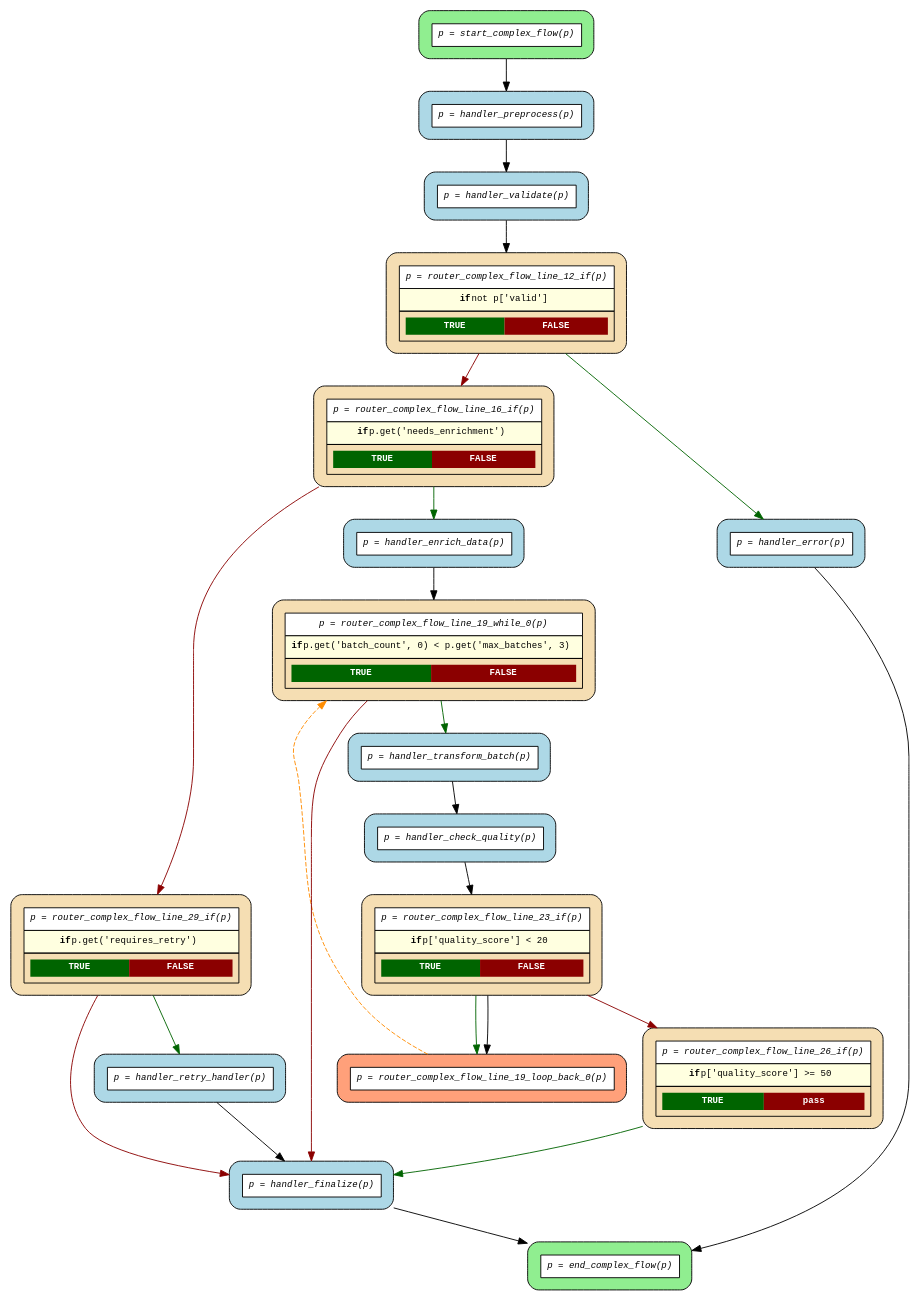
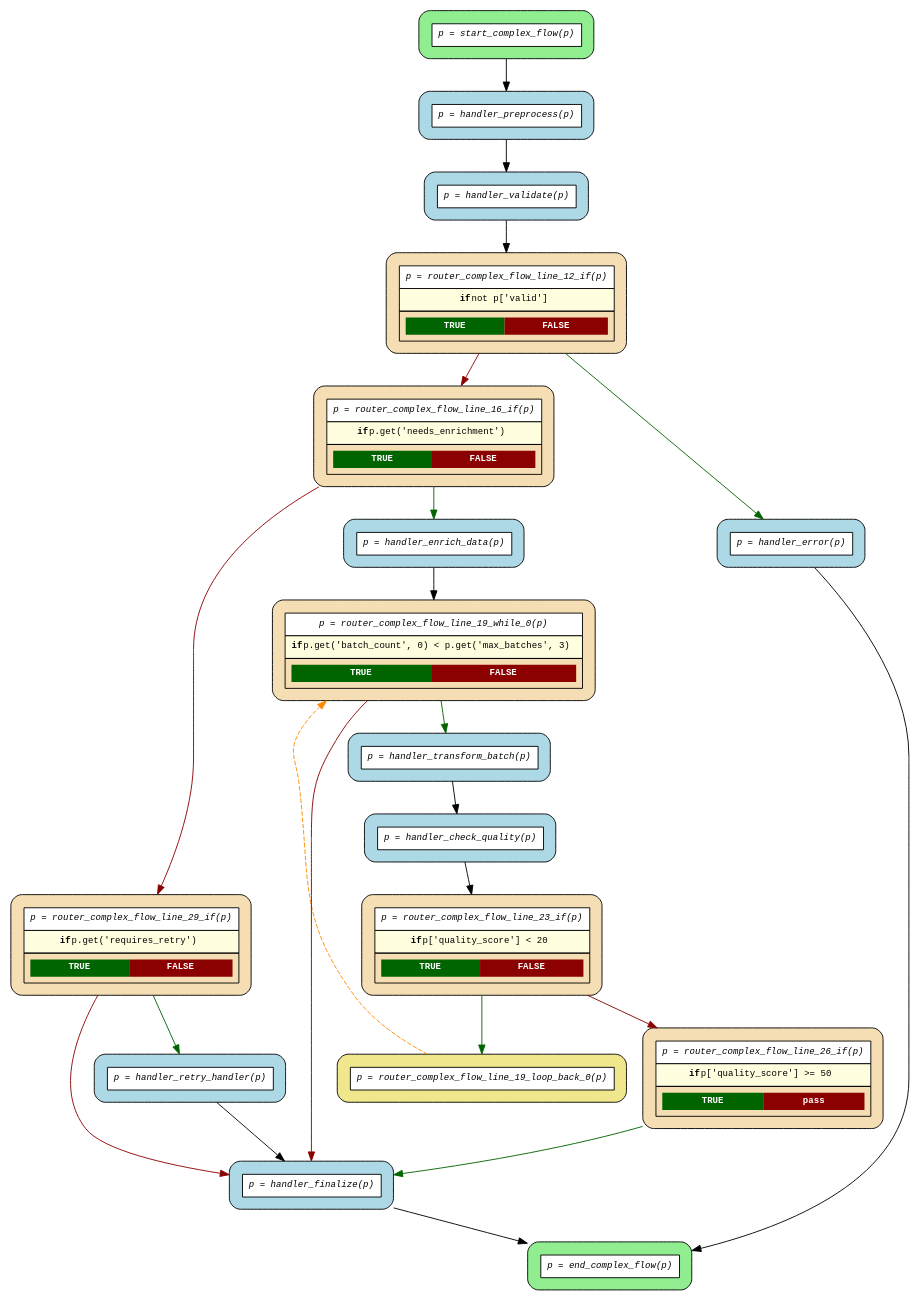
Before and after one commit to deliveryhero/asya: the diagram in examples/flows/compiled/complex_with_while/flow.dot, drawn with Graphviz. The commit also changed 26 other files, not shown here.

First line of the commit message:
fix(flow): fix DOT graph spurious edges and loop-back router color

```diff
--- a/examples/flows/compiled/complex_with_while/flow.dot
+++ b/examples/flows/compiled/complex_with_while/flow.dot
@@ -1,47 +1,46 @@
 digraph flow {
   rankdir=TB;
   graph [fontname="Courier", fontsize=10];
   node [fontname="Courier", fontsize=10, shape=box, style="filled,rounded", margin="0.2"];
   edge [fontname="Courier", fontsize=10];
 
   start_complex_flow [fillcolor="lightgreen", label=<<table border="0" cellspacing="0" cellpadding="6" cellborder="1"><tr><td bgcolor="white" align="center"><i>p = start_complex_flow(p)</i></td></tr></table>>];
   router_complex_flow_line_26_if [fillcolor="wheat", label=<<table border="0" cellspacing="0" cellpadding="6" cellborder="1"><tr><td bgcolor="white" align="center"><i>p = router_complex_flow_line_26_if(p)</i></td></tr><tr><td bgcolor="lightyellow"><b>if</b> p['quality_score'] &gt;= 50</td></tr><tr><td><table border="0" cellspacing="0" cellpadding="4"><tr><td bgcolor="darkgreen"><font color="white"><b>TRUE</b></font></td><td bgcolor="darkred"><font color="white"><b>pass</b></font></td></tr></table></td></tr></table>>];
   router_complex_flow_line_23_if [fillcolor="wheat", label=<<table border="0" cellspacing="0" cellpadding="6" cellborder="1"><tr><td bgcolor="white" align="center"><i>p = router_complex_flow_line_23_if(p)</i></td></tr><tr><td bgcolor="lightyellow"><b>if</b> p['quality_score'] &lt; 20</td></tr><tr><td><table border="0" cellspacing="0" cellpadding="4"><tr><td bgcolor="darkgreen"><font color="white"><b>TRUE</b></font></td><td bgcolor="darkred"><font color="white"><b>FALSE</b></font></td></tr></table></td></tr></table>>];
-  router_complex_flow_line_19_loop_back_0 [fillcolor="lightsalmon", label=<<table border="0" cellspacing="0" cellpadding="6" cellborder="1"><tr><td bgcolor="white" align="center"><i>p = router_complex_flow_line_19_loop_back_0(p)</i></td></tr></table>>];
+  router_complex_flow_line_19_loop_back_0 [fillcolor="khaki", label=<<table border="0" cellspacing="0" cellpadding="6" cellborder="1"><tr><td bgcolor="white" align="center"><i>p = router_complex_flow_line_19_loop_back_0(p)</i></td></tr></table>>];
   router_complex_flow_line_19_while_0 [fillcolor="wheat", label=<<table border="0" cellspacing="0" cellpadding="6" cellborder="1"><tr><td bgcolor="white" align="center"><i>p = router_complex_flow_line_19_while_0(p)</i></td></tr><tr><td bgcolor="lightyellow"><b>if</b> p.get('batch_count', 0) &lt; p.get('max_batches', 3)</td></tr><tr><td><table border="0" cellspacing="0" cellpadding="4"><tr><td bgcolor="darkgreen"><font color="white"><b>TRUE</b></font></td><td bgcolor="darkred"><font color="white"><b>FALSE</b></font></td></tr></table></td></tr></table>>];
   router_complex_flow_line_29_if [fillcolor="wheat", label=<<table border="0" cellspacing="0" cellpadding="6" cellborder="1"><tr><td bgcolor="white" align="center"><i>p = router_complex_flow_line_29_if(p)</i></td></tr><tr><td bgcolor="lightyellow"><b>if</b> p.get('requires_retry')</td></tr><tr><td><table border="0" cellspacing="0" cellpadding="4"><tr><td bgcolor="darkgreen"><font color="white"><b>TRUE</b></font></td><td bgcolor="darkred"><font color="white"><b>FALSE</b></font></td></tr></table></td></tr></table>>];
   router_complex_flow_line_16_if [fillcolor="wheat", label=<<table border="0" cellspacing="0" cellpadding="6" cellborder="1"><tr><td bgcolor="white" align="center"><i>p = router_complex_flow_line_16_if(p)</i></td></tr><tr><td bgcolor="lightyellow"><b>if</b> p.get('needs_enrichment')</td></tr><tr><td><table border="0" cellspacing="0" cellpadding="4"><tr><td bgcolor="darkgreen"><font color="white"><b>TRUE</b></font></td><td bgcolor="darkred"><font color="white"><b>FALSE</b></font></td></tr></table></td></tr></table>>];
   router_complex_flow_line_12_if [fillcolor="wheat", label=<<table border="0" cellspacing="0" cellpadding="6" cellborder="1"><tr><td bgcolor="white" align="center"><i>p = router_complex_flow_line_12_if(p)</i></td></tr><tr><td bgcolor="lightyellow"><b>if</b> not p['valid']</td></tr><tr><td><table border="0" cellspacing="0" cellpadding="4"><tr><td bgcolor="darkgreen"><font color="white"><b>TRUE</b></font></td><td bgcolor="darkred"><font color="white"><b>FALSE</b></font></td></tr></table></td></tr></table>>];
   end_complex_flow [fillcolor="lightgreen", label=<<table border="0" cellspacing="0" cellpadding="6" cellborder="1"><tr><td bgcolor="white" align="center"><i>p = end_complex_flow(p)</i></td></tr></table>>];
   handler_check_quality [fillcolor="lightblue", label=<<table border="0" cellspacing="0" cellpadding="6" cellborder="1"><tr><td bgcolor="white" align="center"><i>p = handler_check_quality(p)</i></td></tr></table>>];
   handler_enrich_data [fillcolor="lightblue", label=<<table border="0" cellspacing="0" cellpadding="6" cellborder="1"><tr><td bgcolor="white" align="center"><i>p = handler_enrich_data(p)</i></td></tr></table>>];
   handler_error [fillcolor="lightblue", label=<<table border="0" cellspacing="0" cellpadding="6" cellborder="1"><tr><td bgcolor="white" align="center"><i>p = handler_error(p)</i></td></tr></table>>];
   handler_finalize [fillcolor="lightblue", label=<<table border="0" cellspacing="0" cellpadding="6" cellborder="1"><tr><td bgcolor="white" align="center"><i>p = handler_finalize(p)</i></td></tr></table>>];
   handler_preprocess [fillcolor="lightblue", label=<<table border="0" cellspacing="0" cellpadding="6" cellborder="1"><tr><td bgcolor="white" align="center"><i>p = handler_preprocess(p)</i></td></tr></table>>];
   handler_retry_handler [fillcolor="lightblue", label=<<table border="0" cellspacing="0" cellpadding="6" cellborder="1"><tr><td bgcolor="white" align="center"><i>p = handler_retry_handler(p)</i></td></tr></table>>];
   handler_transform_batch [fillcolor="lightblue", label=<<table border="0" cellspacing="0" cellpadding="6" cellborder="1"><tr><td bgcolor="white" align="center"><i>p = handler_transform_batch(p)</i></td></tr></table>>];
   handler_validate [fillcolor="lightblue", label=<<table border="0" cellspacing="0" cellpadding="6" cellborder="1"><tr><td bgcolor="white" align="center"><i>p = handler_validate(p)</i></td></tr></table>>];
 
   handler_check_quality -> router_complex_flow_line_23_if;
   handler_enrich_data -> router_complex_flow_line_19_while_0;
   handler_error -> end_complex_flow;
   handler_finalize -> end_complex_flow;
   handler_preprocess -> handler_validate;
   handler_retry_handler -> handler_finalize;
   handler_transform_batch -> handler_check_quality;
   handler_validate -> router_complex_flow_line_12_if;
   router_complex_flow_line_12_if -> handler_error [color=darkgreen];
   router_complex_flow_line_12_if -> router_complex_flow_line_16_if [color=darkred];
   router_complex_flow_line_16_if -> handler_enrich_data [color=darkgreen];
   router_complex_flow_line_16_if -> router_complex_flow_line_29_if [color=darkred];
   router_complex_flow_line_19_loop_back_0 -> router_complex_flow_line_19_while_0 [style=dashed, color=darkorange, constraint=false];
   router_complex_flow_line_19_while_0 -> handler_finalize [color=darkred];
   router_complex_flow_line_19_while_0 -> handler_transform_batch [color=darkgreen];
   router_complex_flow_line_23_if -> router_complex_flow_line_19_loop_back_0 [color=darkgreen];
-  router_complex_flow_line_23_if -> router_complex_flow_line_19_loop_back_0;
   router_complex_flow_line_23_if -> router_complex_flow_line_26_if [color=darkred];
   router_complex_flow_line_26_if -> handler_finalize [color=darkgreen];
   router_complex_flow_line_29_if -> handler_finalize [color=darkred];
   router_complex_flow_line_29_if -> handler_retry_handler [color=darkgreen];
   start_complex_flow -> handler_preprocess;
 }
```
